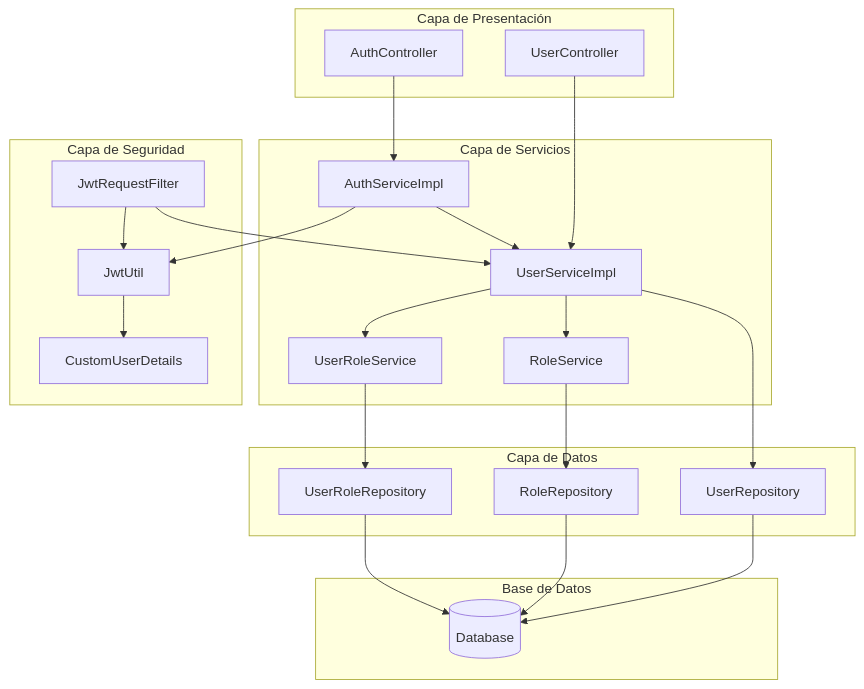
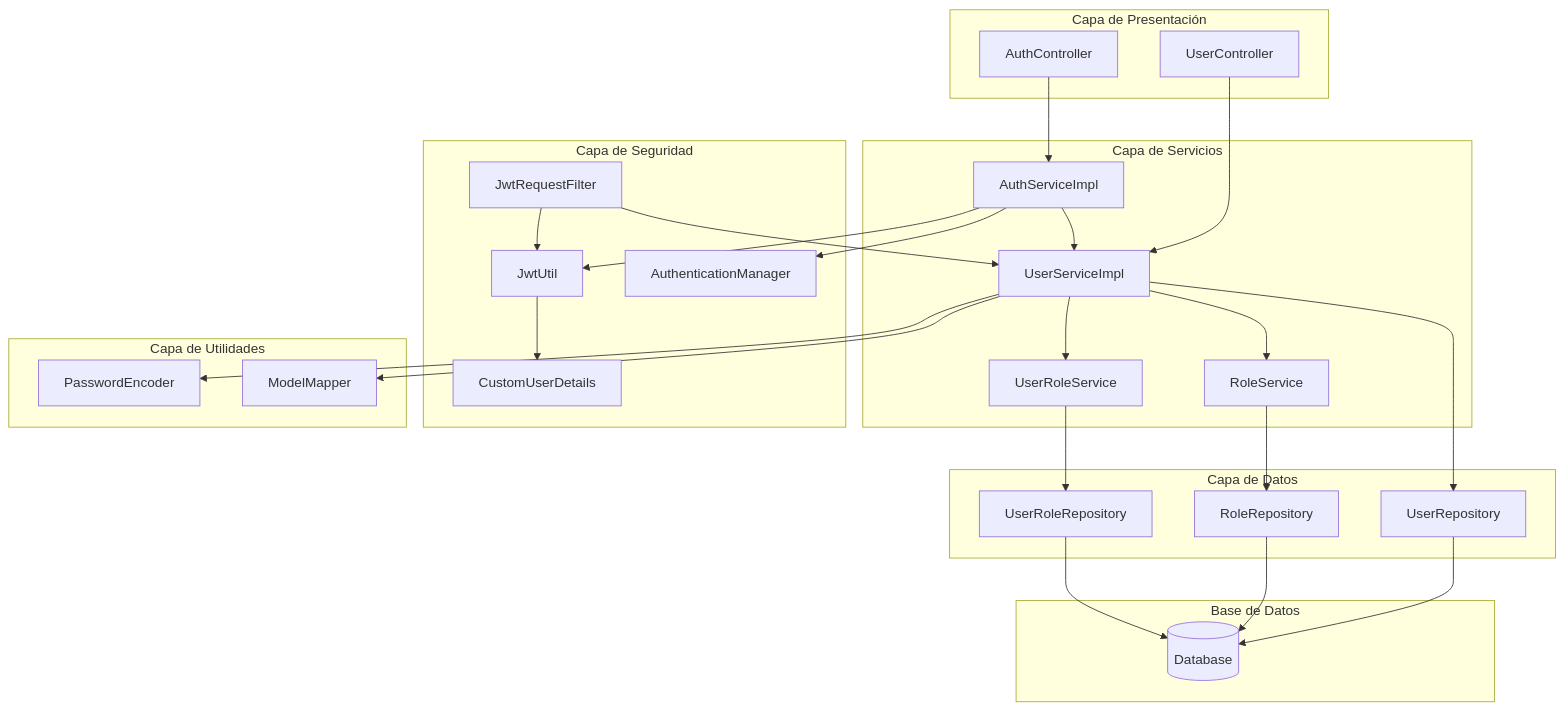
Before and after one commit to AlexisFDavis/TryRepo: the sixth of 6 diagrams in UML.md, drawn with Mermaid. The commit also changed other lines of this file, not shown here.

````diff
--- a/UML.md
+++ b/UML.md
@@ -366,46 +461,55 @@
 ```mermaid
 graph TB
     subgraph "Capa de Presentación"
         AC[AuthController]
         UC[UserController]
     end
     
     subgraph "Capa de Servicios"
         AS[AuthServiceImpl]
         US[UserServiceImpl]
         RS[RoleService]
         URS[UserRoleService]
     end
     
     subgraph "Capa de Datos"
         UR[UserRepository]
         RR[RoleRepository]
         URR[UserRoleRepository]
     end
     
     subgraph "Capa de Seguridad"
         JU[JwtUtil]
         CUD[CustomUserDetails]
         JRF[JwtRequestFilter]
+        AM[AuthenticationManager]
+    end
+    
+    subgraph "Capa de Utilidades"
+        PE[PasswordEncoder]
+        MM[ModelMapper]
     end
     
     subgraph "Base de Datos"
         DB[(Database)]
     end
     
     AC --> AS
     UC --> US
     AS --> US
     AS --> JU
+    AS --> AM
     US --> UR
     US --> RS
     US --> URS
+    US --> PE
+    US --> MM
     RS --> RR
     URS --> URR
     UR --> DB
     RR --> DB
     URR --> DB
     JU --> CUD
     JRF --> JU
     JRF --> US
 ```
````
